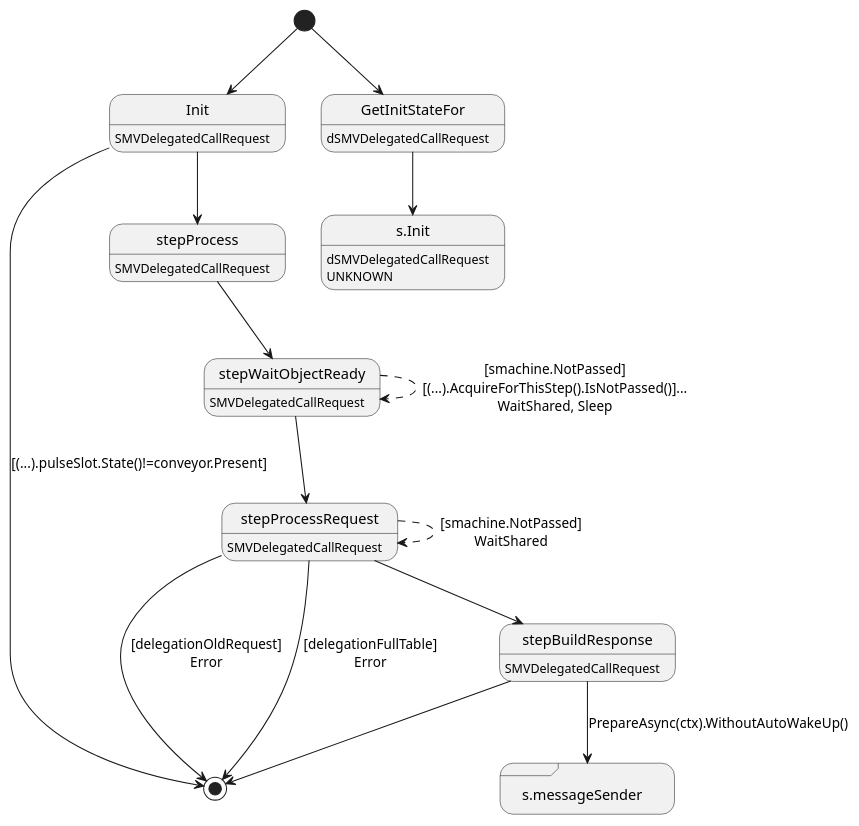
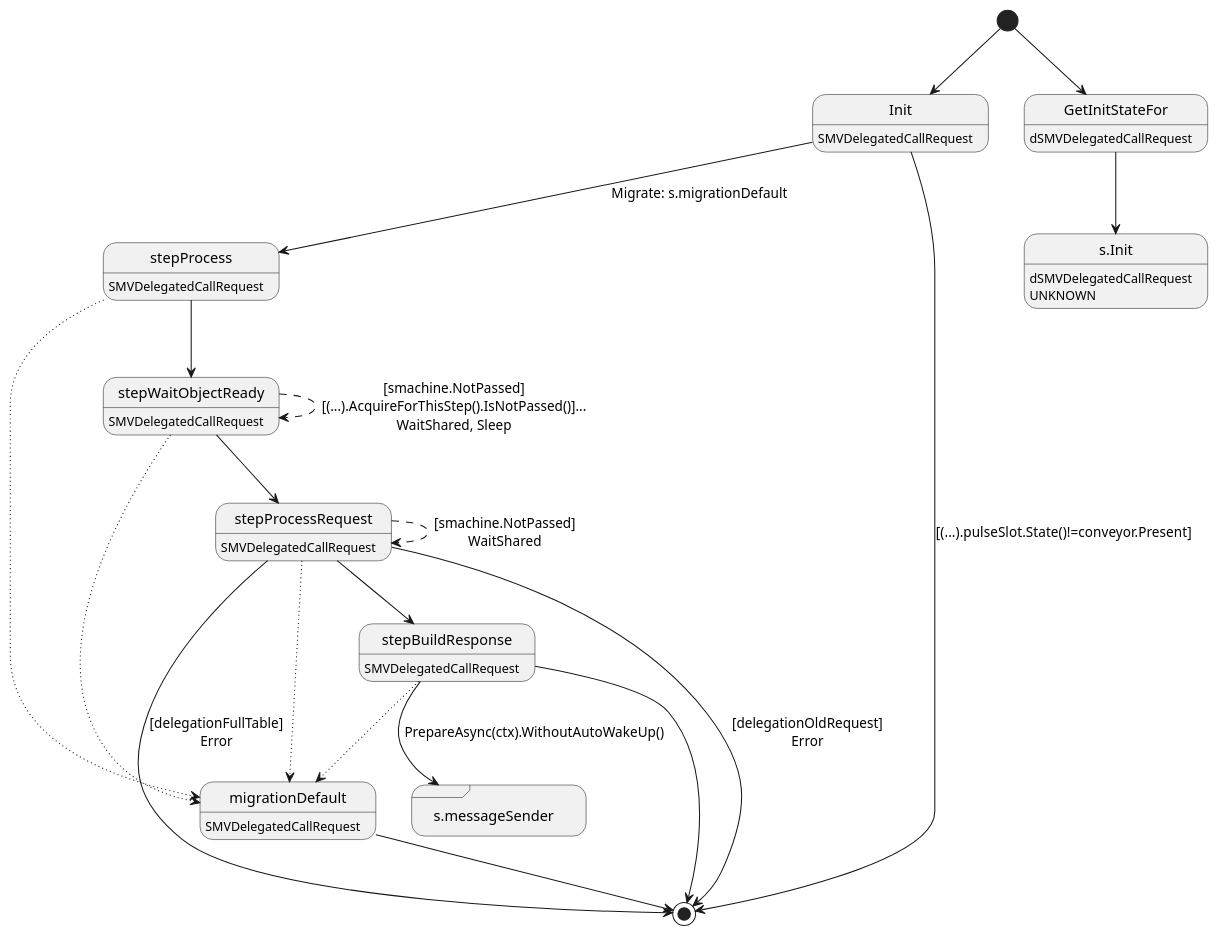
The diagram in ledger-core/virtual/handlers/vdelegatedcallrequest.plantuml (insolar/assured-ledger), drawn with PlantUML before and after one commit. The commit also changed 7 other files, not shown here.

```diff
--- a/ledger-core/virtual/handlers/vdelegatedcallrequest.plantuml
+++ b/ledger-core/virtual/handlers/vdelegatedcallrequest.plantuml
@@ -1,32 +1,39 @@
 @startuml
 state "Init" as T01_S001
 T01_S001 : SMVDelegatedCallRequest
 [*] --> T01_S001
 T01_S001 --> [*] : [(...).pulseSlot.State()!=conveyor.Present]
-T01_S001 --> T01_S002
-state "s.messageSender" as T01_S006 <<sdlreceive>>
-state "stepBuildResponse" as T01_S005
+T01_S001 --> T01_S003 : Migrate: s.migrationDefault
+state "migrationDefault" as T01_S002
+T01_S002 : SMVDelegatedCallRequest
+T01_S002 --> [*]
+state "s.messageSender" as T01_S007 <<sdlreceive>>
+state "stepBuildResponse" as T01_S006
+T01_S006 : SMVDelegatedCallRequest
+T01_S006 --[dotted]> T01_S002
+T01_S006 --> T01_S007 : PrepareAsync(ctx).WithoutAutoWakeUp()
+T01_S006 --> [*]
+state "stepProcess" as T01_S003
+T01_S003 : SMVDelegatedCallRequest
+T01_S003 --[dotted]> T01_S002
+T01_S003 --> T01_S004
+state "stepProcessRequest" as T01_S005
 T01_S005 : SMVDelegatedCallRequest
-T01_S005 --> T01_S006 : PrepareAsync(ctx).WithoutAutoWakeUp()
-T01_S005 --> [*]
-state "stepProcess" as T01_S002
-T01_S002 : SMVDelegatedCallRequest
-T01_S002 --> T01_S003
-state "stepProcessRequest" as T01_S004
+T01_S005 --[dotted]> T01_S002
+T01_S005 --[dashed]> T01_S005 : [smachine.NotPassed]\nWaitShared
+T01_S005 --> [*] : [delegationOldRequest]\nError
+T01_S005 --> [*] : [delegationFullTable]\nError
+T01_S005 --> T01_S006
+state "stepWaitObjectReady" as T01_S004
 T01_S004 : SMVDelegatedCallRequest
-T01_S004 --[dashed]> T01_S004 : [smachine.NotPassed]\nWaitShared
-T01_S004 --> [*] : [delegationOldRequest]\nError
-T01_S004 --> [*] : [delegationFullTable]\nError
+T01_S004 --[dotted]> T01_S002
+T01_S004 --[dashed]> T01_S004 : [smachine.NotPassed]\n[(...).AcquireForThisStep().IsNotPassed()]...\nWaitShared, Sleep
 T01_S004 --> T01_S005
-state "stepWaitObjectReady" as T01_S003
-T01_S003 : SMVDelegatedCallRequest
-T01_S003 --[dashed]> T01_S003 : [smachine.NotPassed]\n[(...).AcquireForThisStep().IsNotPassed()]...\nWaitShared, Sleep
-T01_S003 --> T01_S004
 state "GetInitStateFor" as T00_S001
 T00_S001 : dSMVDelegatedCallRequest
 [*] --> T00_S001
 state "s.Init" as T00_U001
 T00_U001 : dSMVDelegatedCallRequest
 T00_U001 : UNKNOWN 
 T00_S001 --> T00_U001
 @enduml
```
